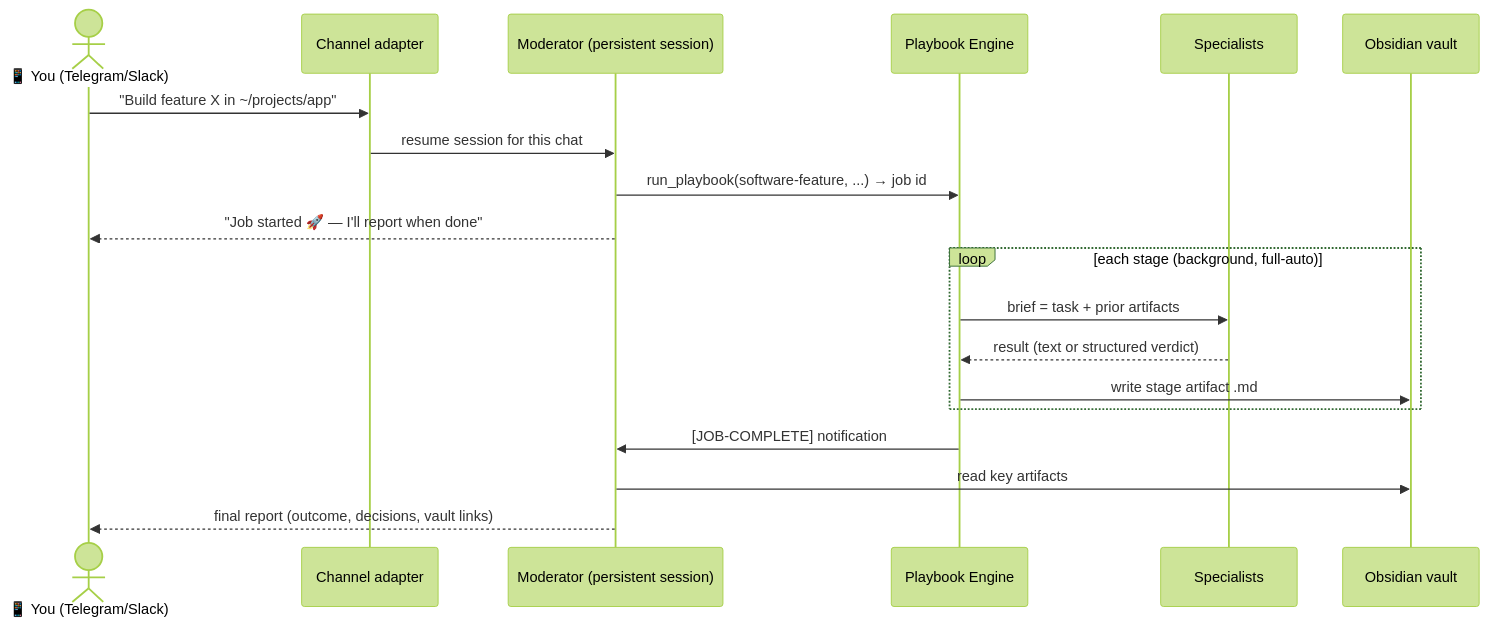
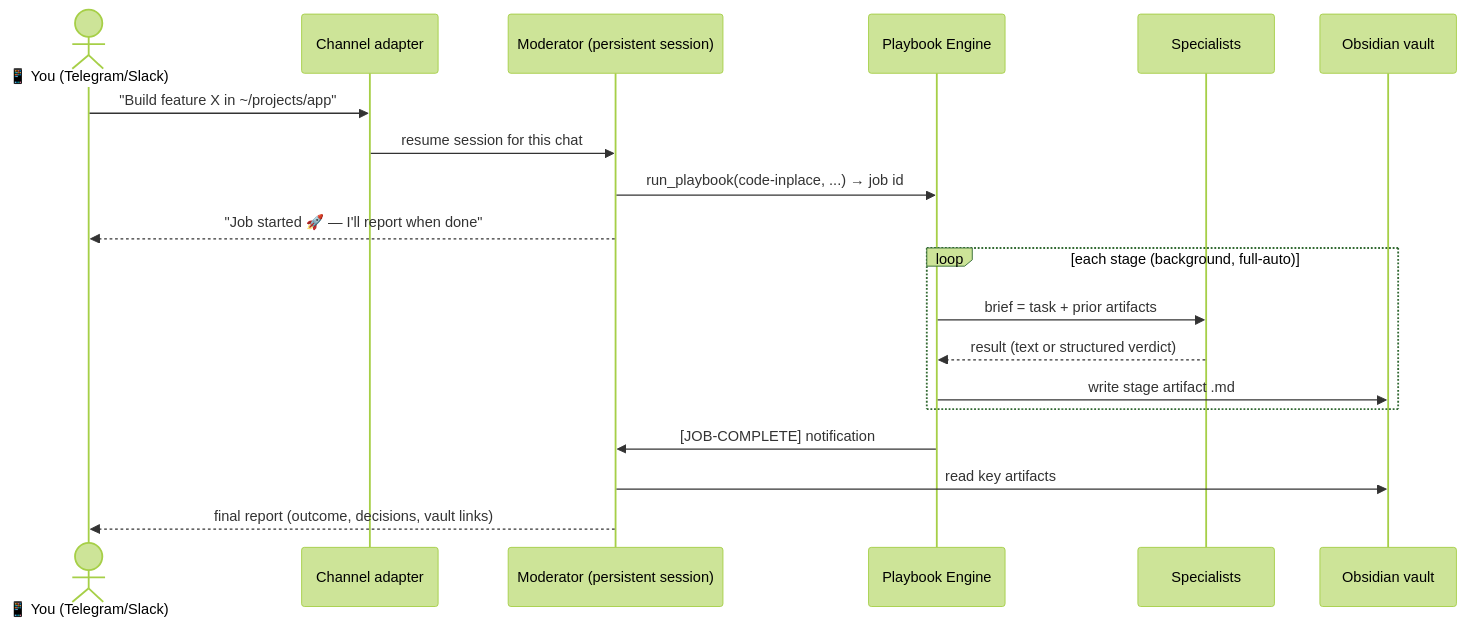
One commit to ihabbishara/AIOS changed the second of 5 diagrams in docs/ARCHITECTURE.md. Above: the diagram before and after it, drawn with Mermaid (forest theme). The commit also changed other lines of this file and 3 other files, not shown here.

First line of the commit message:
refactor(playbooks): rename software-feature → code-inplace (honest in-place naming + docs)

````diff
--- a/docs/ARCHITECTURE.md
+++ b/docs/ARCHITECTURE.md
@@ -72,24 +72,24 @@
 ```mermaid
 sequenceDiagram
     actor You as 📱 You (Telegram/Slack)
     participant Ch as Channel adapter
     participant Mod as Moderator (persistent session)
     participant Eng as Playbook Engine
     participant Spec as Specialists
     participant Vault as Obsidian vault
 
     You->>Ch: "Build feature X in ~/projects/app"
     Ch->>Mod: resume session for this chat
-    Mod->>Eng: run_playbook(software-feature, ...) → job id
+    Mod->>Eng: run_playbook(code-inplace, ...) → job id
     Mod-->>You: "Job started 🚀 — I'll report when done"
 
     loop each stage (background, full-auto)
         Eng->>Spec: brief = task + prior artifacts
         Spec-->>Eng: result (text or structured verdict)
         Eng->>Vault: write stage artifact .md
     end
 
     Eng->>Mod: [JOB-COMPLETE] notification
     Mod->>Vault: read key artifacts
     Mod-->>You: final report (outcome, decisions, vault links)
 ```
````
